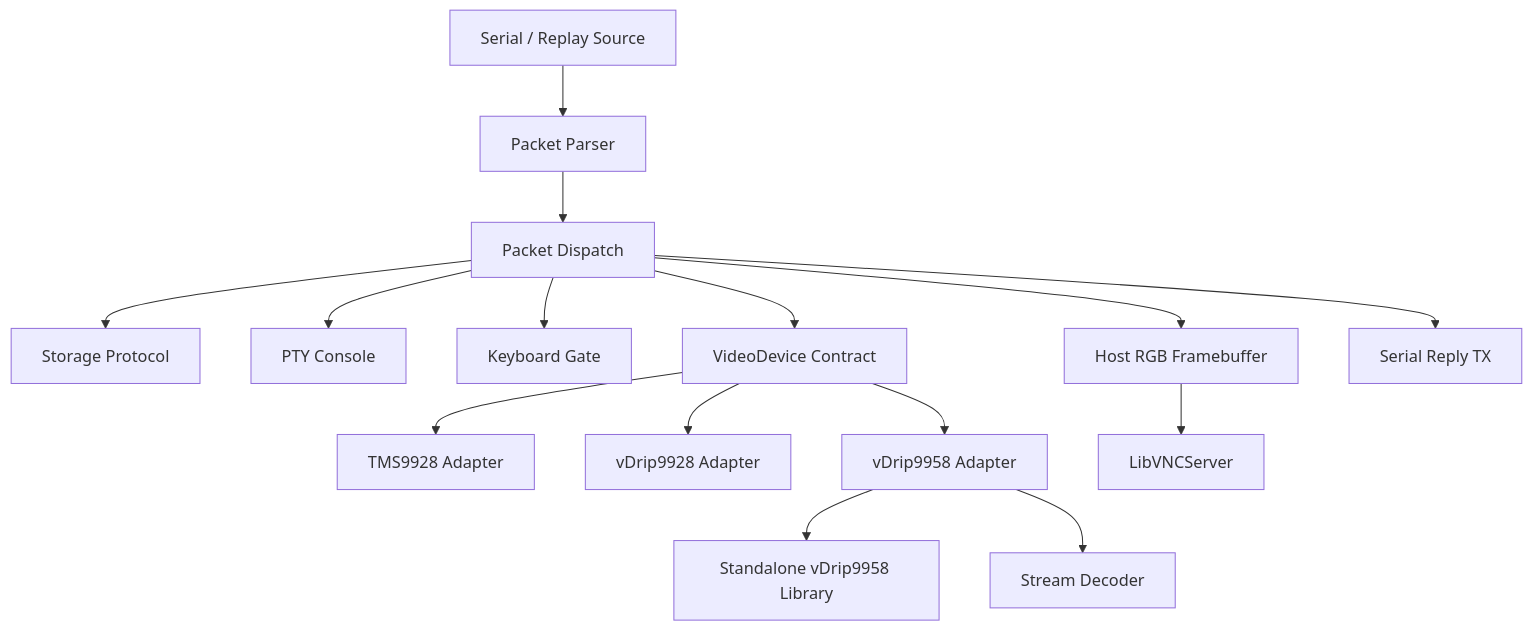
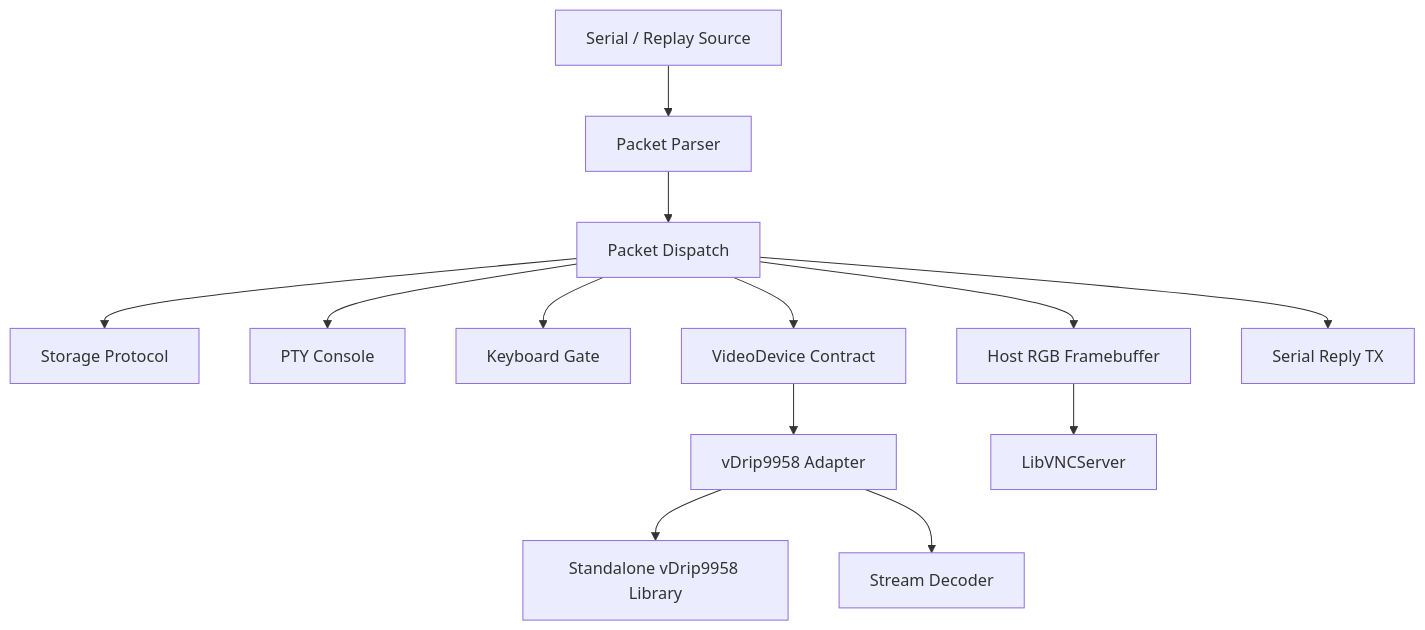
The first of 2 diagrams in Code/VirtualDrip/docs/architecture.md (dumaiss/PercolatorLabs), drawn with Mermaid before and after one commit. The commit also changed other lines of this file and 18 other files, not shown here.

````diff
--- a/Code/VirtualDrip/docs/architecture.md
+++ b/Code/VirtualDrip/docs/architecture.md
@@ -13,17 +13,15 @@
 ```mermaid
 flowchart TD
     Serial["Serial / Replay Source"] --> Parser["Packet Parser"]
     Parser --> Dispatch["Packet Dispatch"]
     Dispatch --> Storage["Storage Protocol"]
     Dispatch --> PTY["PTY Console"]
     Dispatch --> Keyboard["Keyboard Gate"]
     Dispatch --> Video["VideoDevice Contract"]
-    Video --> TMS["TMS9928 Adapter"]
-    Video --> VD9928["vDrip9928 Adapter"]
     Video --> VD9958["vDrip9958 Adapter"]
     VD9958 --> Emu["Standalone vDrip9958 Library"]
     VD9958 --> Stream["Stream Decoder"]
     Dispatch --> Framebuffer["Host RGB Framebuffer"]
     Framebuffer --> VNC["LibVNCServer"]
     Dispatch --> SerialTX["Serial Reply TX"]
 ```
````
